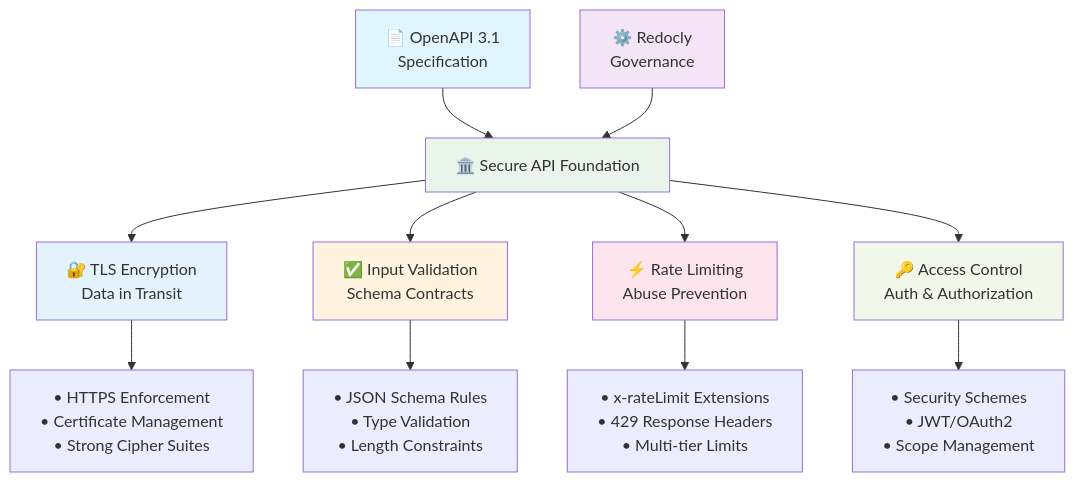
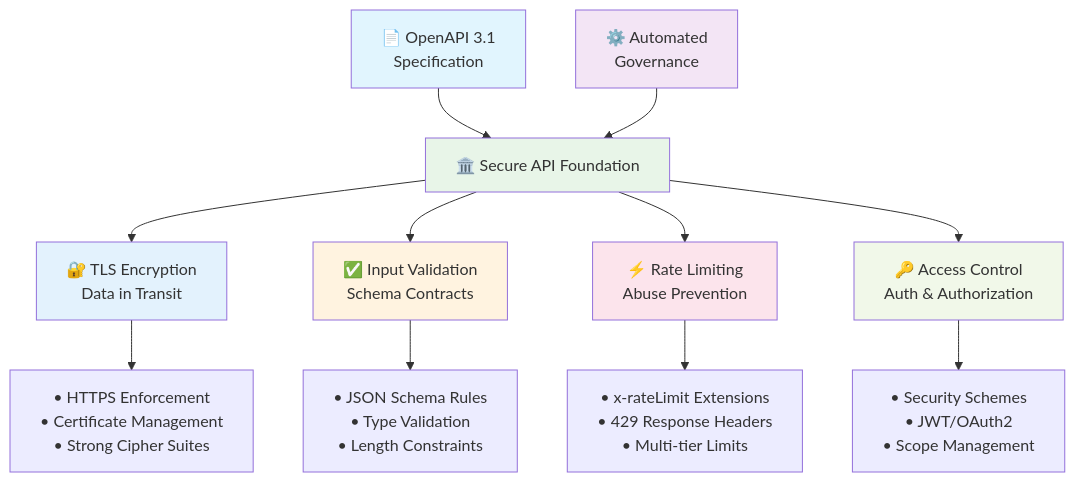
Before and after one commit to Redocly/website: the first of 8 diagrams in learn/security/api-design-first-security-guide.md, drawn with Mermaid. The commit also changed other lines of this file and 8 other files, not shown here.

````diff
--- a/learn/security/api-design-first-security-guide.md
+++ b/learn/security/api-design-first-security-guide.md
@@ -48,23 +48,23 @@
 ```mermaid
 graph TD
     A["🏛️ Secure API Foundation"] --> B["🔐 TLS Encryption<br/>Data in Transit"]
     A --> C["✅ Input Validation<br/>Schema Contracts"]
     A --> D["⚡ Rate Limiting<br/>Abuse Prevention"]
     A --> E["🔑 Access Control<br/>Auth & Authorization"]
     
     B --> F["• HTTPS Enforcement<br/>• Certificate Management<br/>• Strong Cipher Suites"]
     C --> G["• JSON Schema Rules<br/>• Type Validation<br/>• Length Constraints"]
     D --> H["• x-rateLimit Extensions<br/>• 429 Response Headers<br/>• Multi-tier Limits"]
     E --> I["• Security Schemes<br/>• JWT/OAuth2<br/>• Scope Management"]
     
     J["📄 OpenAPI 3.1<br/>Specification"] --> A
-    K["⚙️ Redocly<br/>Governance"] --> A
+    K["⚙️ Automated<br/>Governance"] --> A
     
     style A fill:#e8f5e8
     style B fill:#e3f2fd
     style C fill:#fff3e0
     style D fill:#fce4ec
     style E fill:#f1f8e9
     style J fill:#e1f5fe
     style K fill:#f3e5f5
 ```
````
